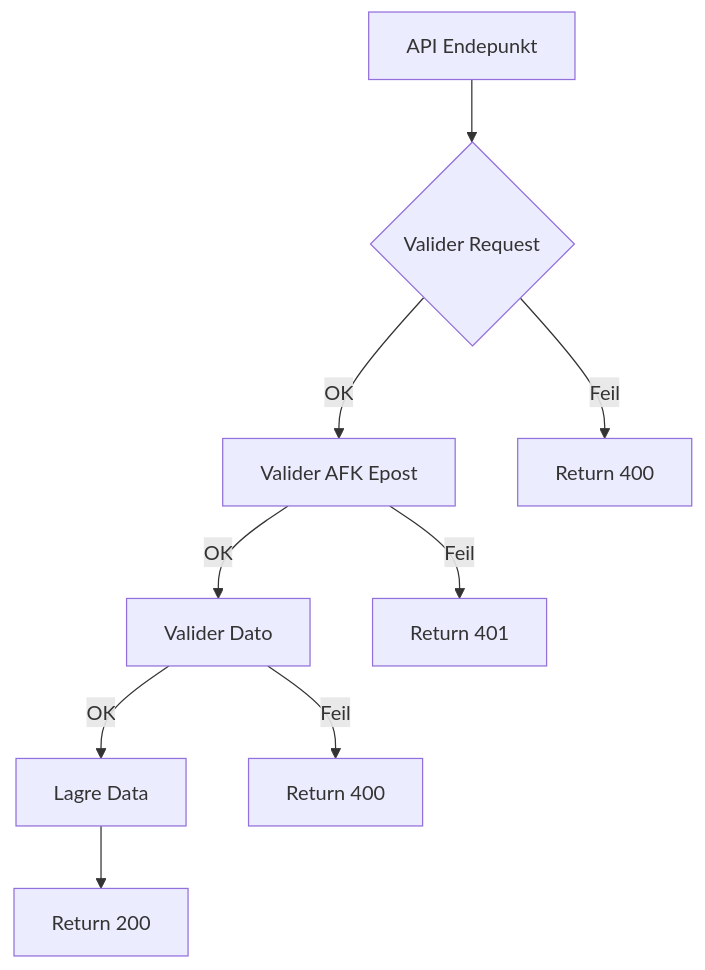
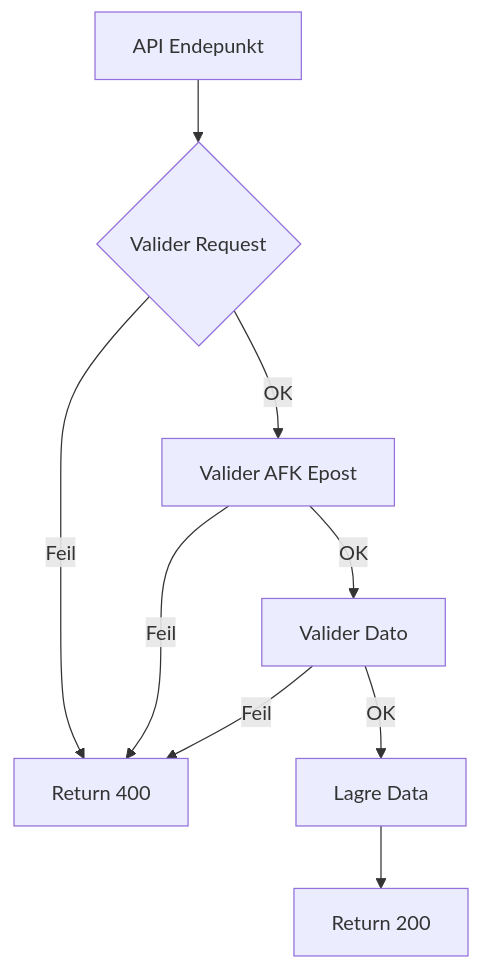
Before and after one commit to simontijanic/RESTful-API-Mars: the third of 5 diagrams in README.md, drawn with Mermaid. The commit also changed other lines of this file and 1 other file, not shown here.

````diff
--- a/README.md
+++ b/README.md
@@ -40,11 +40,11 @@
 ```mermaid
 flowchart TD
     A[API Endepunkt] --> B{Valider Request}
     B -->|OK| C[Valider AFK Epost]
     B -->|Feil| D[Return 400]
     C -->|OK| E[Valider Dato]
-    C -->|Feil| F[Return 401]
+    C -->|Feil| D[Return 400]
     E -->|OK| G[Lagre Data]
-    E -->|Feil| H[Return 400]
+    E -->|Feil| D[Return 400]
     G --> I[Return 200]
 ```
````
